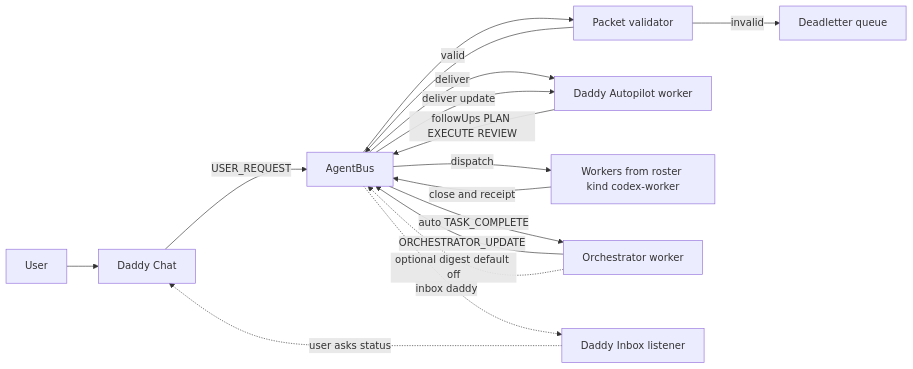
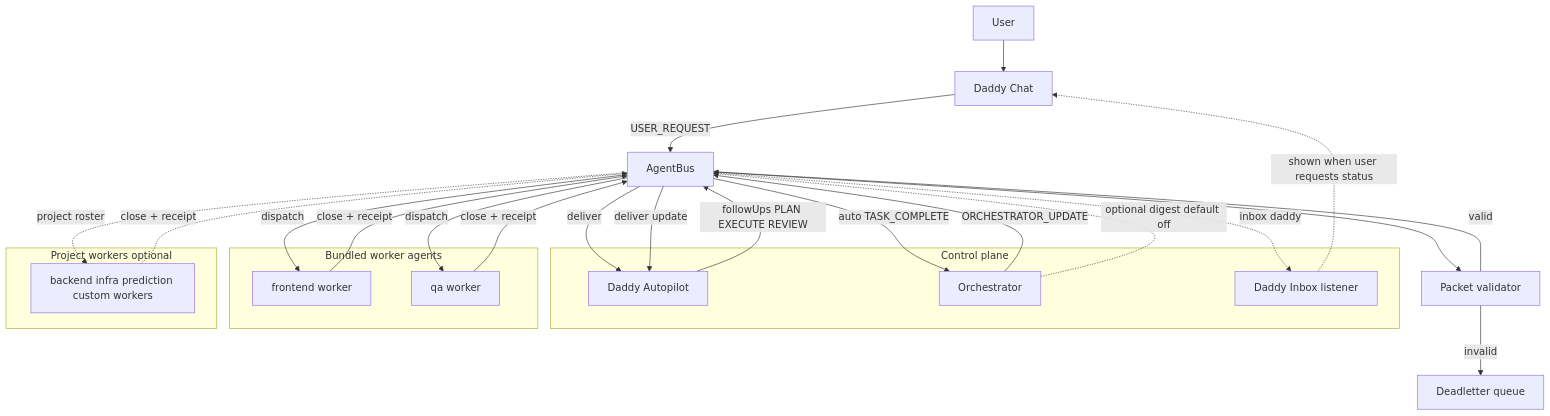
One commit to future3OOO/agentic-cockpit changed the first of 4 diagrams in docs/agentic/WORKFLOW_VISUALS.md. Above: the diagram before and after it, drawn with Mermaid. The commit also changed other lines of this file and 4 other files, not shown here.

Commit message:
docs+dashboard: show explicit agents in visuals and move default port to 3210

````diff
--- a/docs/agentic/WORKFLOW_VISUALS.md
+++ b/docs/agentic/WORKFLOW_VISUALS.md
@@ -10,21 +14,42 @@
 ```mermaid
-flowchart LR
-  User["User"] --> Chat["Daddy Chat"]
-  Chat -->|USER_REQUEST| Bus["AgentBus"]
+flowchart TB
+  User["User"] --> DaddyChat["Daddy Chat"]
+  DaddyChat -->|USER_REQUEST| Bus["AgentBus"]
   Bus --> Validator["Packet validator"]
   Validator -->|valid| Bus
   Validator -->|invalid| Deadletter["Deadletter queue"]
 
-  Bus -->|deliver| Auto["Daddy Autopilot worker"]
-  Auto -->|followUps PLAN EXECUTE REVIEW| Bus
-  Bus -->|dispatch| Workers["Workers from roster kind codex-worker"]
+  subgraph Control["Control plane"]
+    Autopilot["Daddy Autopilot"]
+    Orchestrator["Orchestrator"]
+    DaddyInbox["Daddy Inbox listener"]
+  end
 
-  Workers -->|close and receipt| Bus
-  Bus -->|auto TASK_COMPLETE| Orch["Orchestrator worker"]
-  Orch -->|ORCHESTRATOR_UPDATE| Bus
-  Bus -->|deliver update| Auto
+  subgraph BundledWorkers["Bundled worker agents"]
+    Frontend["frontend worker"]
+    QA["qa worker"]
+  end
 
-  Orch -. optional digest default off .-> Bus
-  Bus -. inbox daddy .-> Inbox["Daddy Inbox listener"]
-  Inbox -. user asks status .-> Chat
+  subgraph ProjectWorkers["Project workers optional"]
+    ExtraWorkers["backend infra prediction custom workers"]
+  end
+
+  Bus -->|deliver| Autopilot
+  Autopilot -->|followUps PLAN EXECUTE REVIEW| Bus
+
+  Bus -->|dispatch| Frontend
+  Bus -->|dispatch| QA
+  Bus -. project roster .-> ExtraWorkers
+
+  Frontend -->|close + receipt| Bus
+  QA -->|close + receipt| Bus
+  ExtraWorkers -. close + receipt .-> Bus
+
+  Bus -->|auto TASK_COMPLETE| Orchestrator
+  Orchestrator -->|ORCHESTRATOR_UPDATE| Bus
+  Bus -->|deliver update| Autopilot
+
+  Orchestrator -. optional digest default off .-> Bus
+  Bus -. inbox daddy .-> DaddyInbox
+  DaddyInbox -. shown when user requests status .-> DaddyChat
 ```
````
